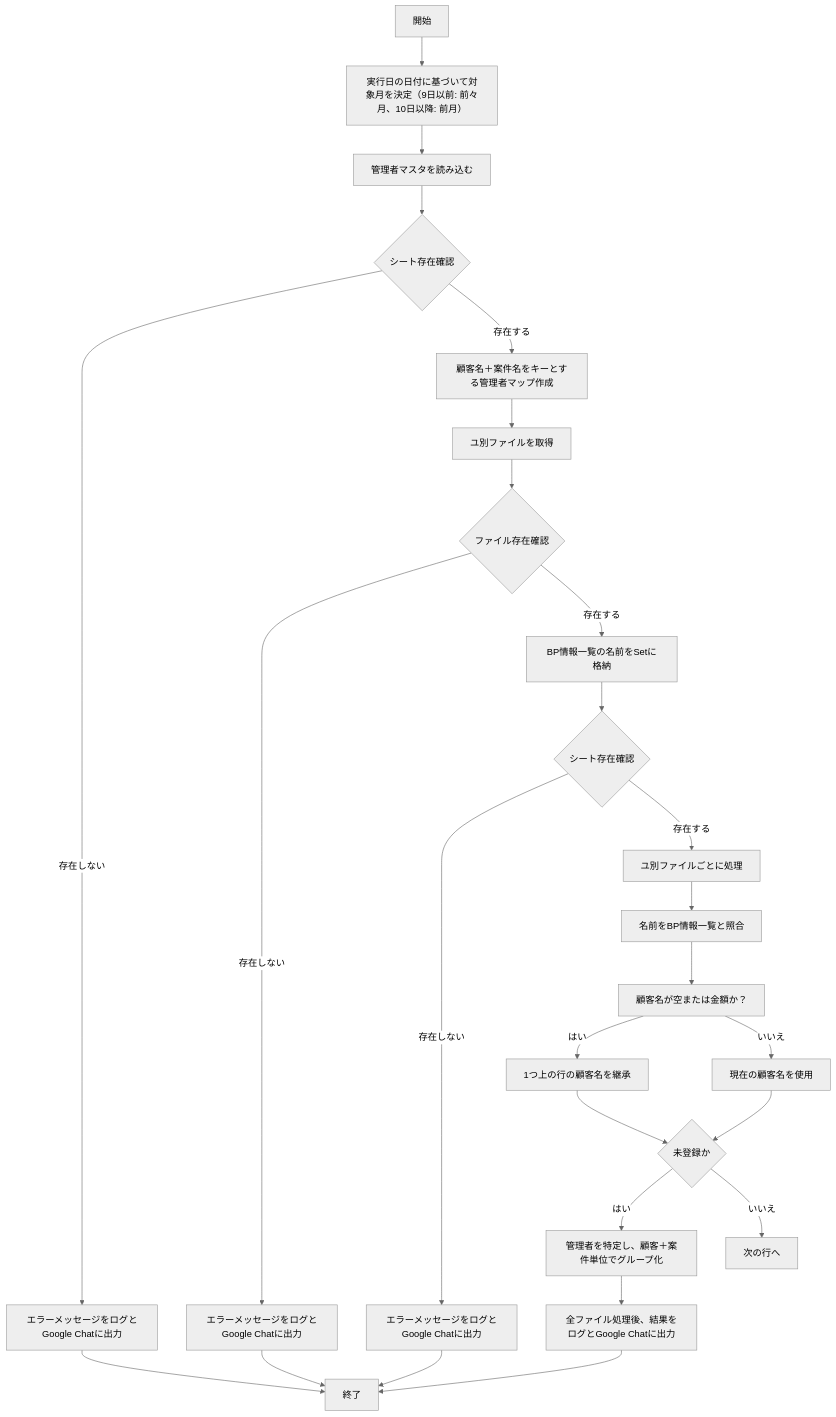
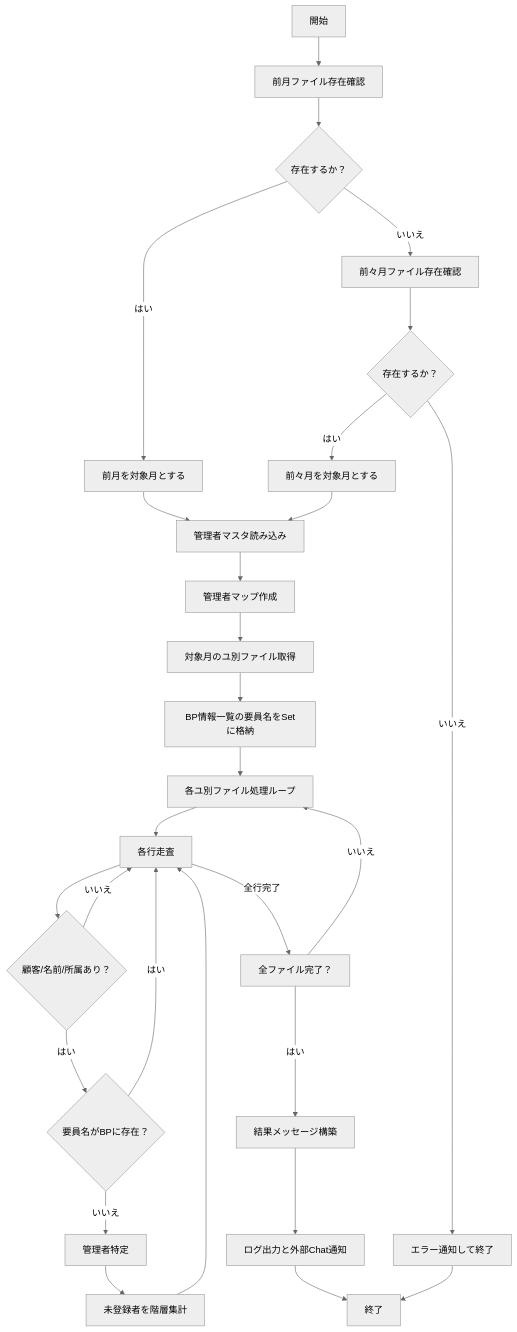
The first of 4 diagrams in docs/ユ別とBP一覧の比較_基本設計書.md (takeshiyoshida76-cell/takeshiyoshida76), drawn with Mermaid (neutral theme) before and after one commit. The commit also changed other lines of this file, not shown here.

````diff
--- a/docs/ユ別とBP一覧の比較_基本設計書.md
+++ b/docs/ユ別とBP一覧の比較_基本設計書.md
@@ -100,28 +109,30 @@
 ```mermaid
 graph TD
-    A[開始] --> A1[実行日の日付に基づいて対象月を決定（9日以前: 前々月、10日以降: 前月）]
-    A1 --> B[管理者マスタを読み込む]
-    B --> C{シート存在確認}
-    C -->|存在しない| D[エラーメッセージをログとGoogle Chatに出力]
-    C -->|存在する| E[顧客名＋案件名をキーとする管理者マップ作成]
-    E --> F[ユ別ファイルを取得]
-    F --> G{ファイル存在確認}
-    G -->|存在しない| H[エラーメッセージをログとGoogle Chatに出力]
-    G -->|存在する| I[BP情報一覧の名前をSetに格納]
-    I --> J{シート存在確認}
-    J -->|存在しない| K[エラーメッセージをログとGoogle Chatに出力]
-    J -->|存在する| L[ユ別ファイルごとに処理]
-    L --> M[名前をBP情報一覧と照合]
-    M --> M1[顧客名が空または金額か？]
-    M1 -->|はい| M2[1つ上の行の顧客名を継承]
-    M1 -->|いいえ| M3[現在の顧客名を使用]
-    M2 --> N{未登録か}
-    M3 --> N{未登録か}
-    N -->|はい| O[管理者を特定し、顧客＋案件単位でグループ化]
-    N -->|いいえ| P[次の行へ]
-    O --> Q[全ファイル処理後、結果をログとGoogle Chatに出力]
-    Q --> R[終了]
-    D --> R
-    H --> R
-    K --> R
+    A[開始] --> B[前月ファイル存在確認]
+    B --> C{存在するか？}
+    C -->|はい| D[前月を対象月とする]
+    C -->|いいえ| E[前々月ファイル存在確認]
+    E --> F{存在するか？}
+    F -->|はい| G[前々月を対象月とする]
+    F -->|いいえ| H[エラー通知して終了]
+    D --> I[管理者マスタ読み込み]
+    G --> I
+    I --> J[管理者マップ作成]
+    J --> K[対象月のユ別ファイル取得]
+    K --> L[BP情報一覧の要員名をSetに格納]
+    L --> M[各ユ別ファイル処理ループ]
+    M --> N[各行走査]
+    N --> O{顧客/名前/所属あり？}
+    O -->|いいえ| N
+    O -->|はい| P{要員名がBPに存在？}
+    P -->|はい| N
+    P -->|いいえ| Q[管理者特定]
+    Q --> R[未登録者を階層集計]
+    R --> N
+    N -->|全行完了| S[全ファイル完了？]
+    S -->|いいえ| M
+    S -->|はい| T[結果メッセージ構築]
+    T --> U[ログ出力と外部Chat通知]
+    U --> V[終了]
+    H --> V
 ```
````
